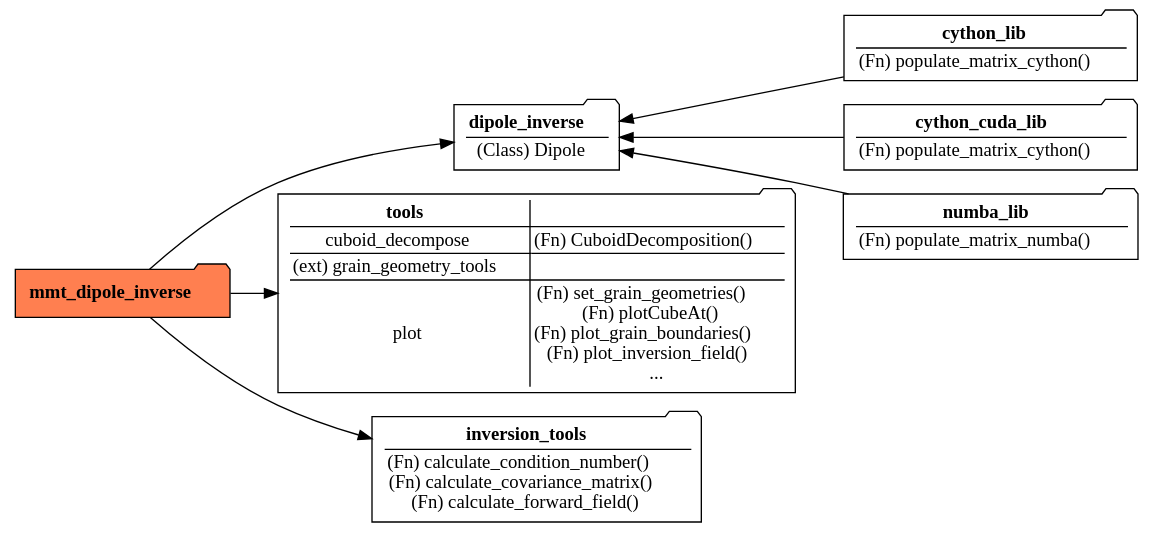
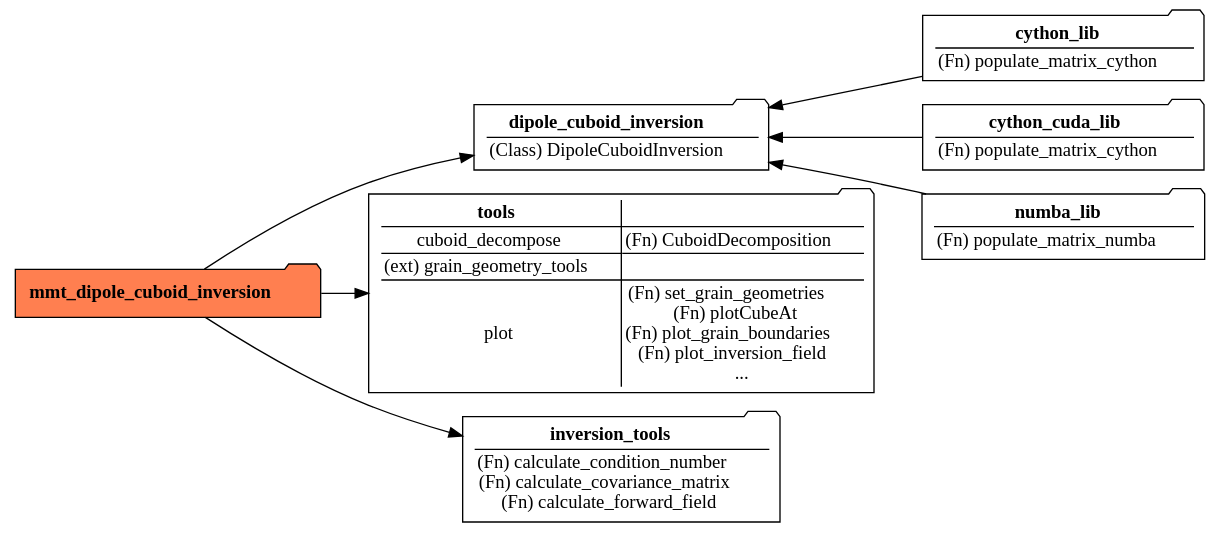
One commit to Micromagnetic-Tomography/mmt_dipole_cuboid_inversion changed the diagram in chest/packages_HTML.dot. Above: the diagram before and after it, drawn with Graphviz.

Commit message:
Updated project structure graph

```diff
--- a/chest/packages_HTML.dot
+++ b/chest/packages_HTML.dot
@@ -1,50 +1,50 @@
 digraph "packages" {
     node [shape=folder fontname=FiraMono]
     mmt_dpinv [style=filled fillcolor=coral label=<
         <TABLE BORDER="0" CELLBORDER="0" CELLSPACING="0">
-            <TR><TD><B>mmt_dipole_inverse</B></TD></TR>
+            <TR><TD><B>mmt_dipole_cuboid_inversion</B></TD></TR>
         </TABLE>>];
     dpinv [label=<
         <TABLE BORDER="0" CELLBORDER="0" ROWS="*" CELLSPACING="1">
-            <TR><TD><B>dipole_inverse</B></TD></TR>
-            <TR><TD>(Class) Dipole</TD></TR>
+            <TR><TD><B>dipole_cuboid_inversion</B></TD></TR>
+            <TR><TD>(Class) DipoleCuboidInversion</TD></TR>
         </TABLE>>];
     clib [label=<
         <TABLE BORDER="0" CELLBORDER="0" ROWS="*" COLUMNS="*" CELLSPACING="1">
             <TR><TD><B>cython_lib</B></TD></TR>
-            <TR><TD>(Fn) populate_matrix_cython()</TD></TR>
+            <TR><TD>(Fn) populate_matrix_cython</TD></TR>
         </TABLE>>];
     cclib [label=<
         <TABLE BORDER="0" CELLBORDER="0" ROWS="*" COLUMNS="*" CELLSPACING="1">
             <TR><TD><B>cython_cuda_lib</B></TD></TR>
-            <TR><TD>(Fn) populate_matrix_cython()</TD></TR>
+            <TR><TD>(Fn) populate_matrix_cython</TD></TR>
         </TABLE>>];
     nlib [label=<
         <TABLE BORDER="0" CELLBORDER="0" ROWS="*" COLUMNS="*" CELLSPACING="1">
             <TR><TD><B>numba_lib</B></TD></TR>
-            <TR><TD>(Fn) populate_matrix_numba()</TD></TR>
+            <TR><TD>(Fn) populate_matrix_numba</TD></TR>
         </TABLE>>];
     tools [label=<
         <TABLE BORDER="0" CELLBORDER="0" ROWS="*" COLUMNS="*" CELLSPACING="1">
             <TR><TD><B>tools</B></TD></TR>
             <TR>
               <TD>cuboid_decompose</TD>
-              <TD>(Fn) CuboidDecomposition()</TD>
+              <TD>(Fn) CuboidDecomposition</TD>
             </TR>
             <TR><TD>(ext) grain_geometry_tools</TD></TR>
             <TR>
               <TD>plot</TD>
-              <TD>(Fn) set_grain_geometries()<BR/>(Fn) plotCubeAt()<BR/>(Fn) plot_grain_boundaries()<BR/>(Fn) plot_inversion_field()<BR/>...</TD>
+              <TD>(Fn) set_grain_geometries<BR/>(Fn) plotCubeAt<BR/>(Fn) plot_grain_boundaries<BR/>(Fn) plot_inversion_field<BR/>...</TD>
             </TR>
         </TABLE>>];
     invtools [label=<
         <TABLE BORDER="0" CELLBORDER="0" ROWS="*" COLUMNS="*" CELLSPACING="1">
             <TR><TD><B>inversion_tools</B></TD></TR>
-            <TR><TD>(Fn) calculate_condition_number()<BR/>(Fn) calculate_covariance_matrix()<BR/>(Fn) calculate_forward_field()</TD></TR>
+            <TR><TD>(Fn) calculate_condition_number<BR/>(Fn) calculate_covariance_matrix<BR/>(Fn) calculate_forward_field</TD></TR>
         </TABLE>>];
     rankdir=LR;
     mmt_dpinv -> dpinv;
     mmt_dpinv -> invtools;
     mmt_dpinv -> tools;
     dpinv -> {clib,cclib,nlib} [dir=back];
 }
```
